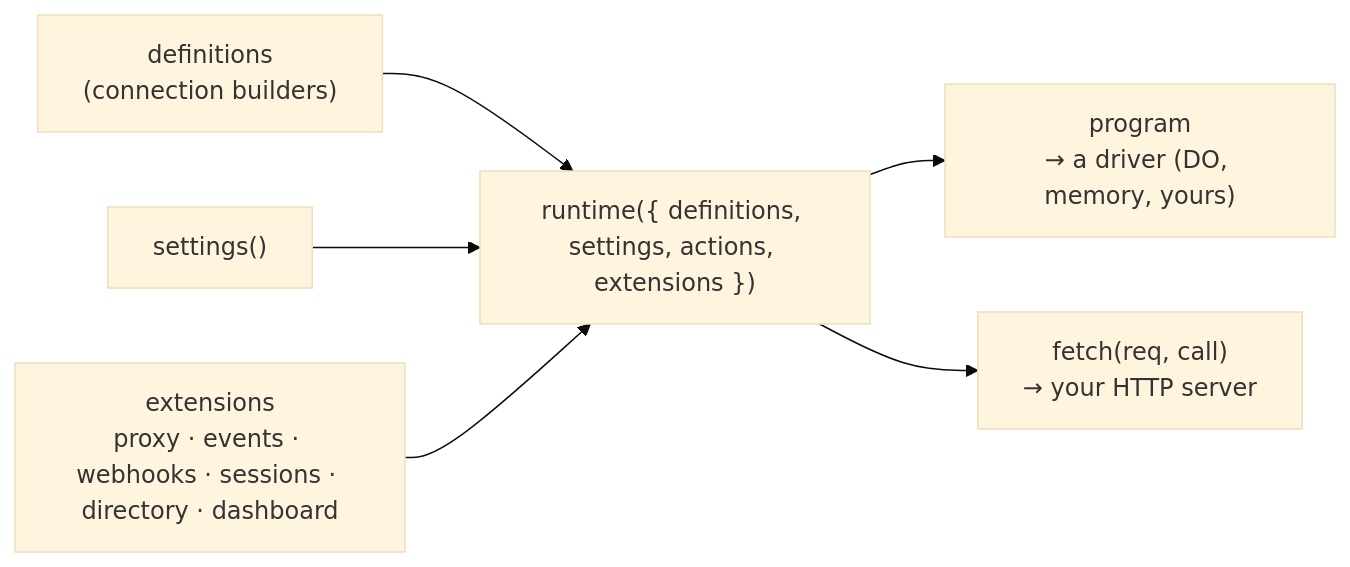
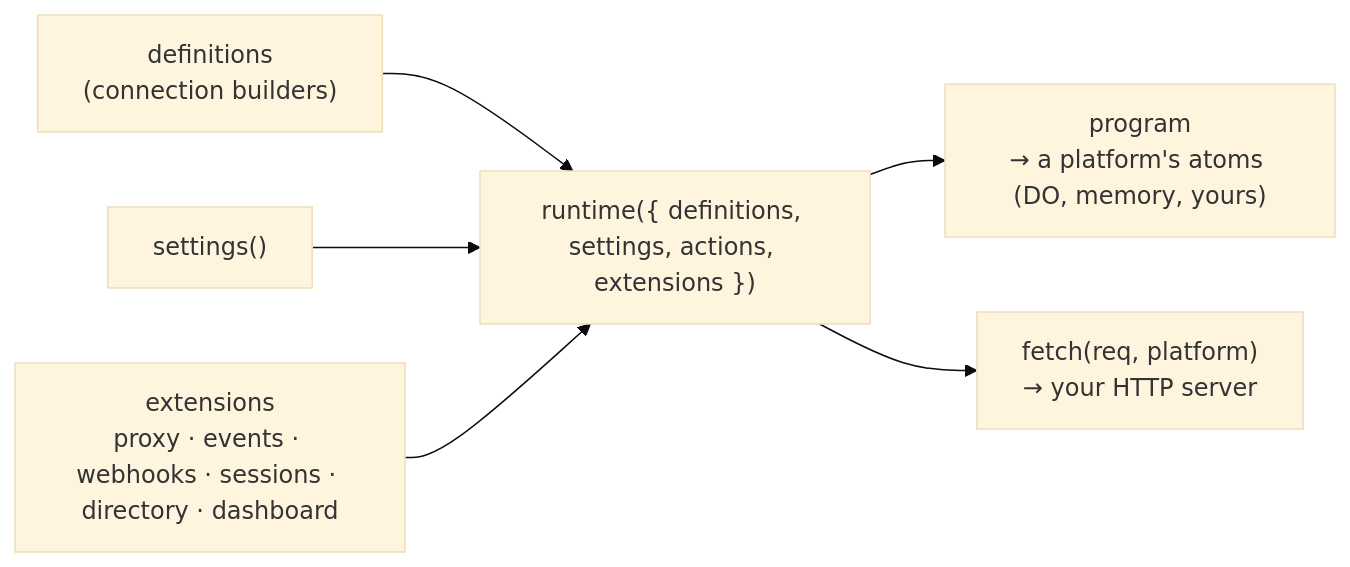
The diagram in docs/src/content/docs/extending/self-hosting.md (Kavishkagaya/connectd), drawn with Mermaid (base theme) before and after one commit. The commit also changed other lines of this file and 75 other files, not shown here.

````diff
--- a/docs/src/content/docs/extending/self-hosting.md
+++ b/docs/src/content/docs/extending/self-hosting.md
@@ -10,8 +10,8 @@
 ```mermaid
 flowchart LR
   DEFS["definitions<br/>(connection builders)"] --> RT["runtime({ definitions, settings, actions, extensions })"]
   SET["settings()"] --> RT
   EXT["extensions<br/>proxy · events · webhooks · sessions · directory · dashboard"] --> RT
-  RT --> PG["program<br/>→ a driver (DO, memory, yours)"]
-  RT --> FE["fetch(req, call)<br/>→ your HTTP server"]
+  RT --> PG["program<br/>→ a platform's atoms (DO, memory, yours)"]
+  RT --> FE["fetch(req, platform)<br/>→ your HTTP server"]
 ```
````
